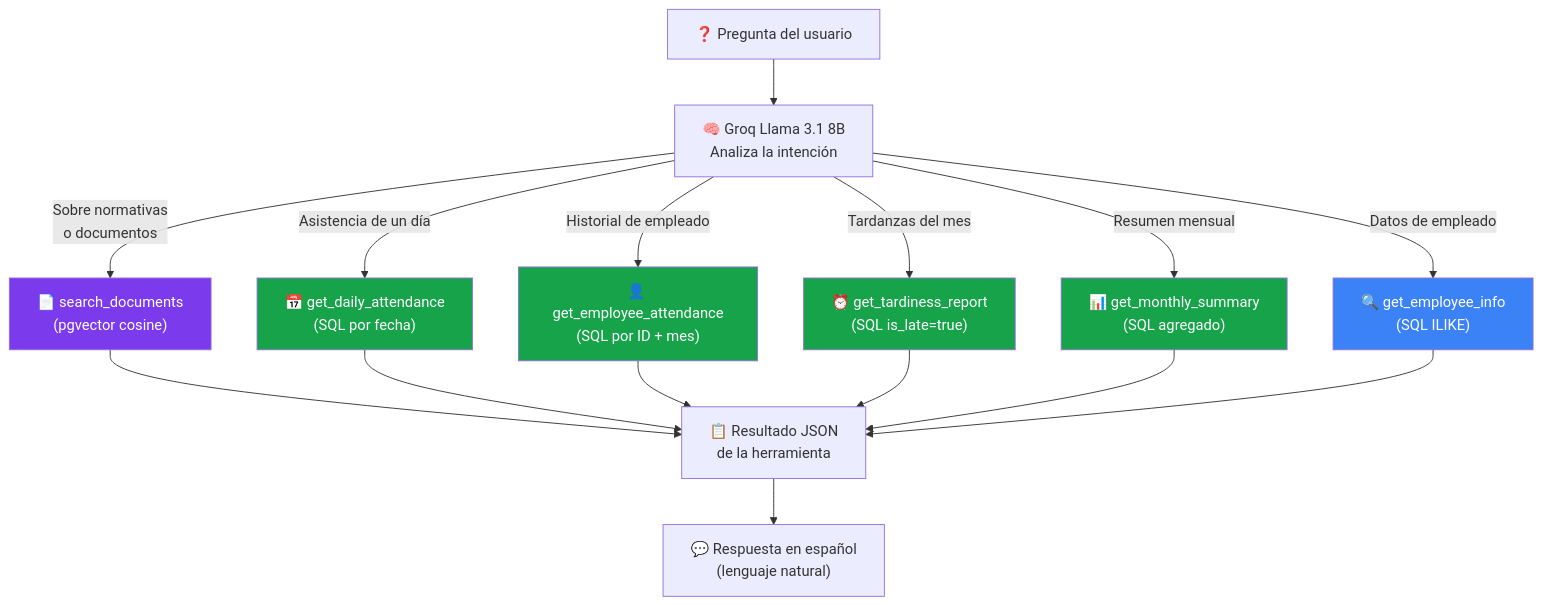
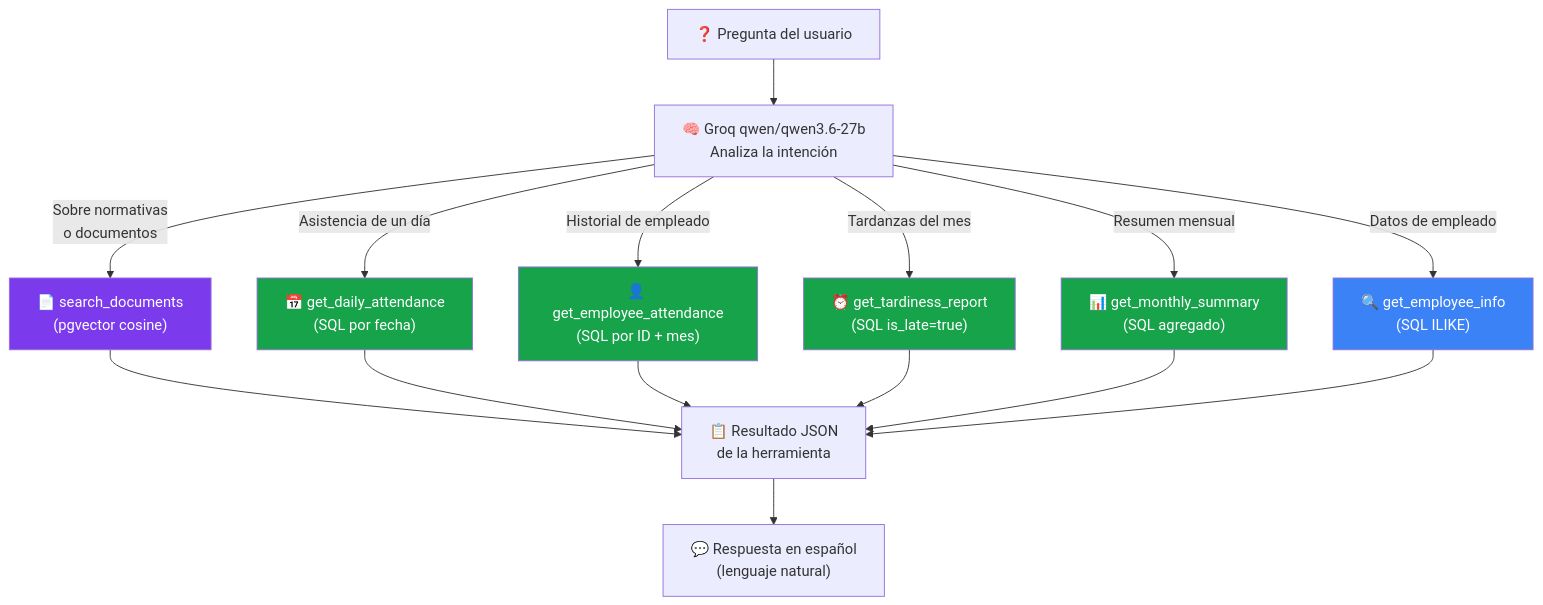
Before and after one commit to marianodr/kuaai-intelligent-hrms: the diagram in docs/architecture/agent-tools.md, drawn with Mermaid. The commit also changed other lines of this file and 6 other files, not shown here.

````diff
--- a/docs/architecture/agent-tools.md
+++ b/docs/architecture/agent-tools.md
@@ -309,30 +315,30 @@
 ```mermaid
 flowchart TD
     Q["❓ Pregunta del usuario"]
-    LLM["🧠 Groq Llama 3.1 8B\nAnaliza la intención"]
+    LLM["🧠 Groq qwen/qwen3.6-27b\nAnaliza la intención"]
 
     Q --> LLM
 
     LLM -->|"Sobre normativas\no documentos"| T1["📄 search_documents\n(pgvector cosine)"]
     LLM -->|"Asistencia de un día"| T2["📅 get_daily_attendance\n(SQL por fecha)"]
     LLM -->|"Historial de empleado"| T3["👤 get_employee_attendance\n(SQL por ID + mes)"]
     LLM -->|"Tardanzas del mes"| T4["⏰ get_tardiness_report\n(SQL is_late=true)"]
     LLM -->|"Resumen mensual"| T5["📊 get_monthly_summary\n(SQL agregado)"]
     LLM -->|"Datos de empleado"| T6["🔍 get_employee_info\n(SQL ILIKE)"]
 
     T1 --> RESULT["📋 Resultado JSON\nde la herramienta"]
     T2 --> RESULT
     T3 --> RESULT
     T4 --> RESULT
     T5 --> RESULT
     T6 --> RESULT
 
     RESULT --> ANSWER["💬 Respuesta en español\n(lenguaje natural)"]
 
     style T1 fill:#7c3aed,color:#fff
     style T2 fill:#16a34a,color:#fff
     style T3 fill:#16a34a,color:#fff
     style T4 fill:#16a34a,color:#fff
     style T5 fill:#16a34a,color:#fff
     style T6 fill:#3b82f6,color:#fff
 ```
````
